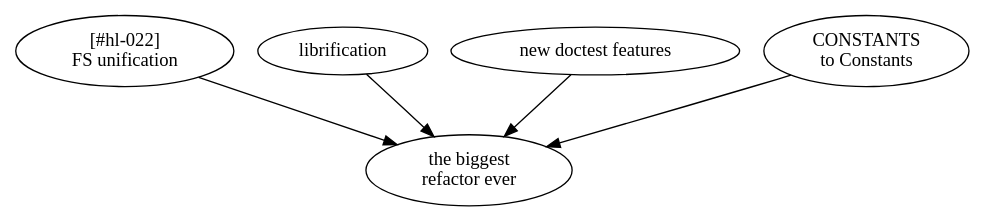
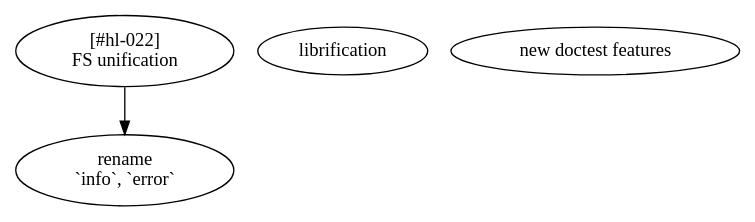
One commit to hipe/tmx changed the diagram in doc/the-big-picture-of-now-02.dot. Above: the diagram before and after it, drawn with Graphviz. The commit also changed 43 other files, not shown here.

```diff
--- a/doc/the-big-picture-of-now-02.dot
+++ b/doc/the-big-picture-of-now-02.dot
@@ -1,21 +1,13 @@
 digraph {
-
-  big [label="the biggest\nrefactor ever"]
 
   022 [label="[#hl-022]\nFS unification"]
 
   lib [label="librification"]
 
   dct [label="new doctest features"]
 
-  xyz [label="CONSTANTS\nto Constants"]
+  annoy [label="rename\n`info`, `error`"]
 
-  022->big
-
-  lib->big
-
-  dct->big
-
-  xyz->big
+  022->annoy
 
 }
```
